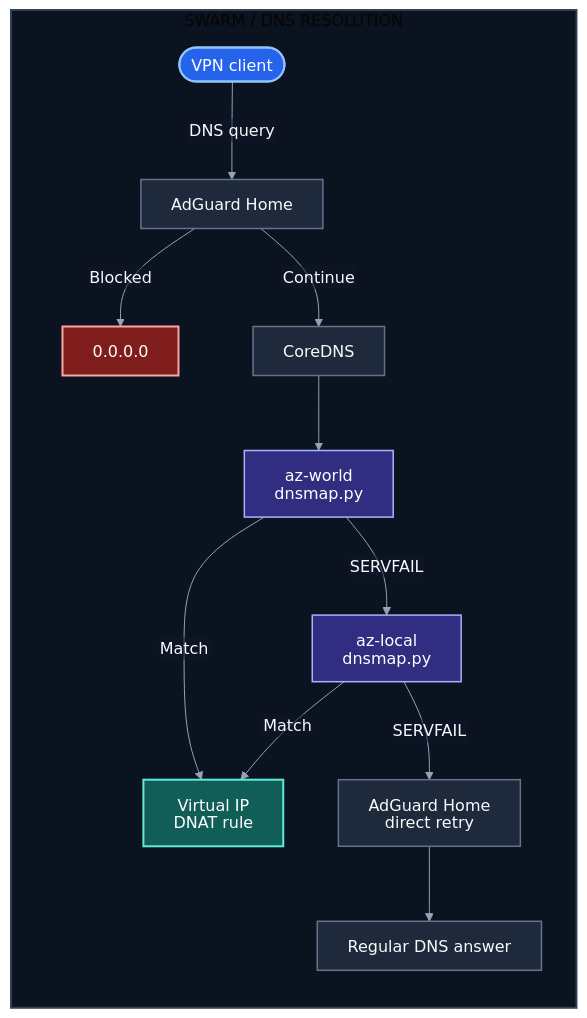
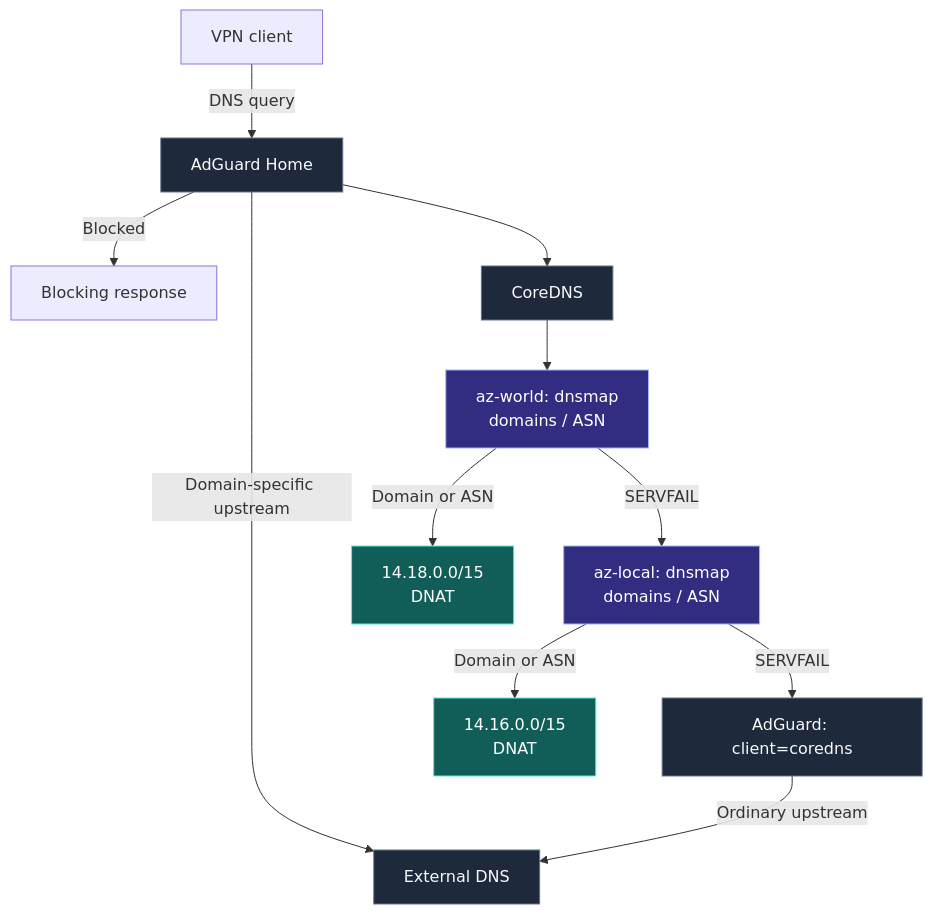
Before and after one commit to xtrime-ru/antizapret-vpn-docker: the first of 3 diagrams in README.md, drawn with Mermaid. The commit also changed other lines of this file and 1 other file, not shown here.

Commit message:
Docs: update routing rules, DNS diagrams and README contents

````diff
--- a/README.md
+++ b/README.md
@@ -418,27 +448,21 @@
 ```mermaid
-%%{init: {"theme":"base","htmlLabels":false,"flowchart":{"htmlLabels":false},"themeVariables":{"primaryTextColor":"#f8fafc","lineColor":"#94a3b8","textColor":"#e2e8f0","edgeLabelBackground":"#0f172a"},"themeCSS":".cluster-label text { fill: #f8fafc !important; } .cluster rect { rx: 18px; ry: 18px; } .node rect { rx: 10px; ry: 10px; }"}}%%
 flowchart TB
-    subgraph canvas["SWARM  /  DNS RESOLUTION"]
-        direction TB
-        client([VPN client]) -->|DNS query| adguard[AdGuard Home]
-        adguard -->|Blocked| deny[0.0.0.0]
-        adguard -->|Continue| core[CoreDNS]
-        core --> world[az-world<br/>dnsmap.py]
-        world -->|Match| mapped[Virtual IP<br/>DNAT rule]
-        world -->|SERVFAIL| local[az-local<br/>dnsmap.py]
-        local -->|Match| mapped
-        local -->|SERVFAIL| retry[AdGuard Home<br/>direct retry]
-        retry --> normal[Regular DNS answer]
-    end
-    style canvas fill:#0b1220,stroke:#334155,stroke-width:2px,color:#f8fafc
-    classDef client fill:#2563eb,stroke:#93c5fd,stroke-width:2px,color:#ffffff
-    classDef service fill:#1e293b,stroke:#64748b,stroke-width:1.5px,color:#f8fafc
-    classDef exit fill:#312e81,stroke:#a5b4fc,stroke-width:1.5px,color:#ffffff
-    classDef mapped fill:#115e59,stroke:#5eead4,stroke-width:2px,color:#ffffff
-    classDef blocked fill:#7f1d1d,stroke:#fca5a5,stroke-width:2px,color:#ffffff
-    class client client
-    class adguard,core,retry,normal service
-    class world,local exit
-    class mapped mapped
-    class deny blocked
+    client["VPN client"] -->|DNS query| adguard["AdGuard Home"]
+    adguard -->|Blocked| deny["Blocking response"]
+    adguard -->|Domain-specific upstream| external["External DNS"]
+    adguard --> core["CoreDNS"]
+    core --> world
+    world["az-world: dnsmap<br/>domains / ASN"]
+    world -->|Domain or ASN| worldip["14.18.0.0/15<br/>DNAT"]
+    world -->|SERVFAIL| local
+    local["az-local: dnsmap<br/>domains / ASN"]
+    local -->|Domain or ASN| localip["14.16.0.0/15<br/>DNAT"]
+    local -->|SERVFAIL| retry["AdGuard: client=coredns"]
+    retry -->|Ordinary upstream| external
+    classDef service fill:#1e293b,stroke:#64748b,color:#f8fafc
+    classDef exit fill:#312e81,stroke:#a5b4fc,color:#ffffff
+    classDef mapped fill:#115e59,stroke:#5eead4,color:#ffffff
+    class adguard,core,retry,external service
+    class local,world exit
+    class localip,worldip mapped
 ```
````
